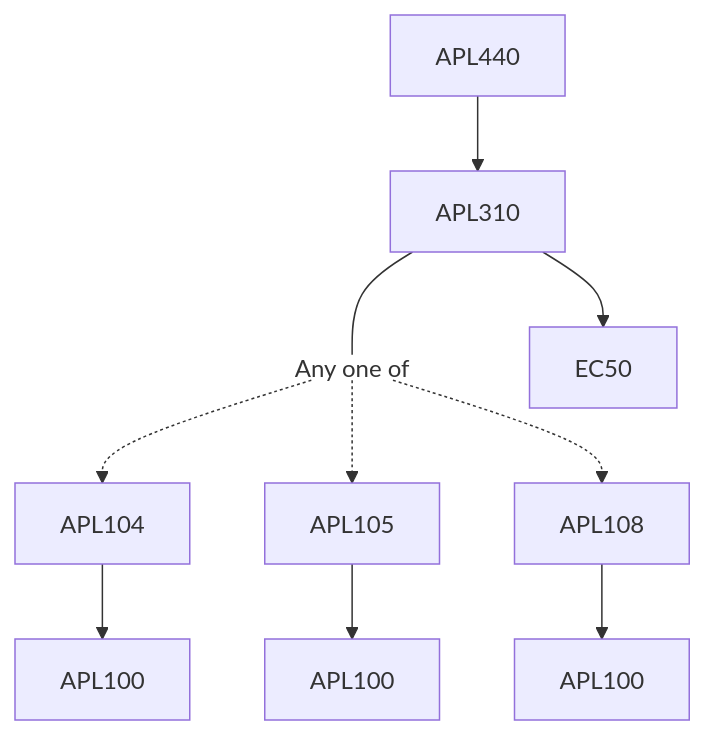
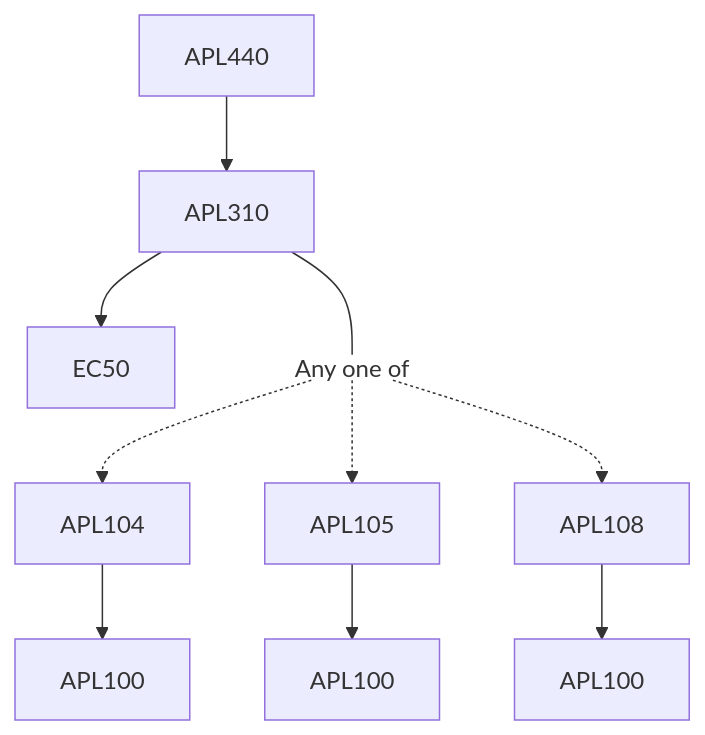
Before and after one commit to KeshavBansal0122/CoS_Website: the diagram in content/Applied Mechanics/APL440.md, drawn with Mermaid. The commit also changed other lines of this file and 2667 other files, not shown here.

````diff
--- a/content/Applied Mechanics/APL440.md
+++ b/content/Applied Mechanics/APL440.md
@@ -17,16 +15,16 @@
 ```mermaid
 flowchart TD
-APL440-8[APL440]
-APL310-8 --- Or9[Any one of]:::empty
-APL104-10 --> APL100-10[APL100]
-Or9 -.-> APL104-10[APL104]
-Or9 -.-> APL105-11[APL105]
-APL105-11 --> APL100-11[APL100]
-Or9 -.-> APL108-12[APL108]
-APL108-12 --> APL100-12[APL100]
-APL310-8 --> EC50-8[EC50]
-APL440-8 --> APL310-8[APL310]
+APL440-49[APL440]
+APL310-49 --> EC50-49[EC50]
+APL440-49 --> APL310-49[APL310]
+APL310-49 --- Or50[Any one of]:::empty
+Or50 -.-> APL104-51[APL104]
+APL104-51 --> APL100-51[APL100]
+APL105-52 --> APL100-52[APL100]
+Or50 -.-> APL105-52[APL105]
+Or50 -.-> APL108-53[APL108]
+APL108-53 --> APL100-53[APL100]
 
 classDef empty height:17px, fill:transparent, stroke:transparent;
 classDef trueEmpty height:0px, width:0px;
 ```
````
